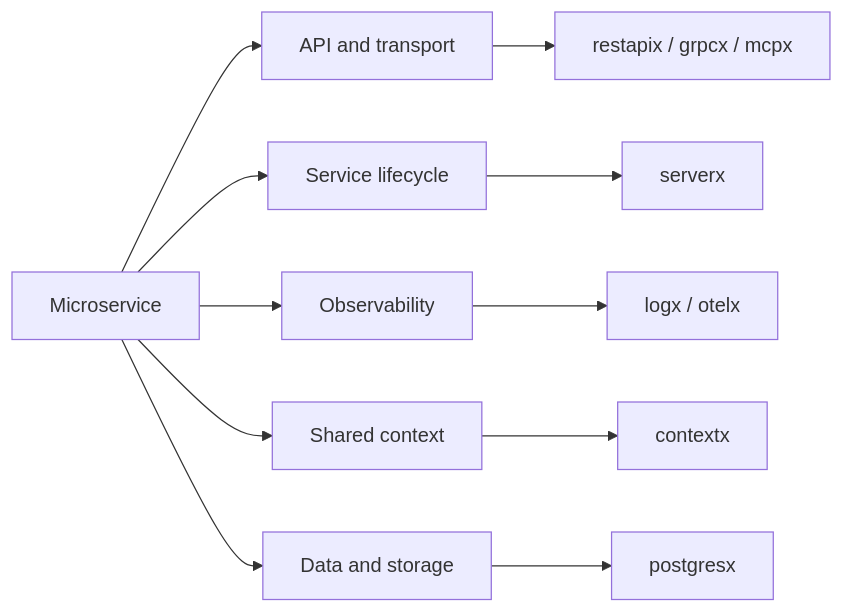
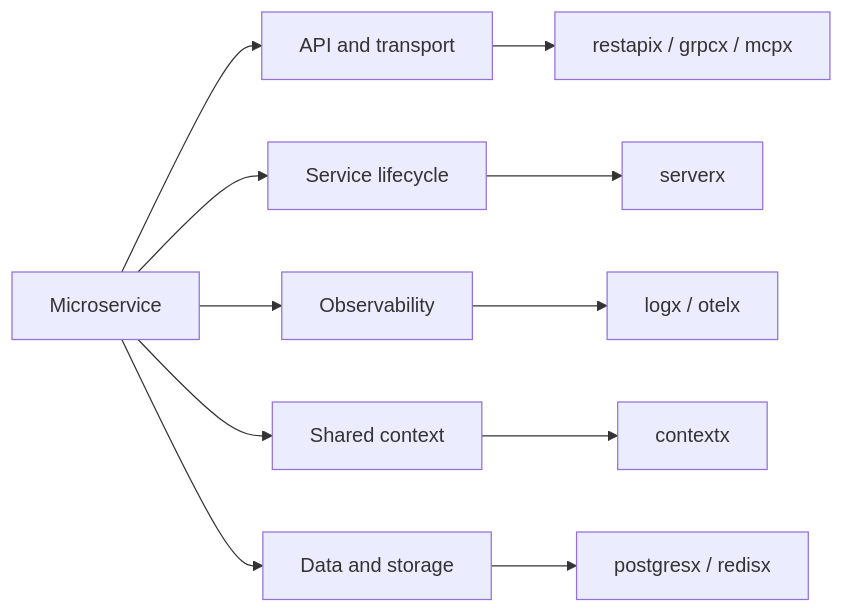
Before and after one commit to LeeTun2k2/go-bedrock: the first of 2 diagrams in README.md, drawn with Mermaid. The commit also changed other lines of this file and 6 other files, not shown here.

````diff
--- a/README.md
+++ b/README.md
@@ -9,14 +9,14 @@
 ```mermaid
 flowchart LR
     A[Microservice] --> B[API and transport]
     A --> C[Service lifecycle]
     A --> D[Observability]
     A --> E[Shared context]
     A --> J[Data and storage]
 
     B --> F[restapix / grpcx / mcpx]
     C --> G[serverx]
     D --> H[logx / otelx]
     E --> I[contextx]
-    J --> K[postgresx]
+    J --> K[postgresx / redisx]
 ```
````
